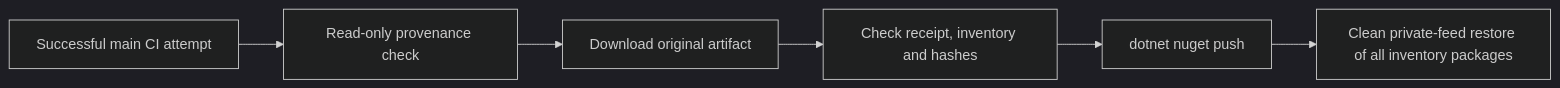
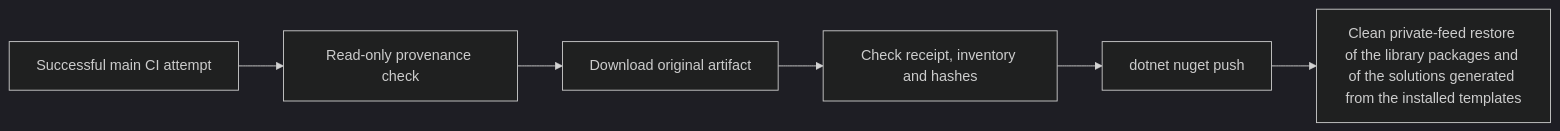
Before and after one commit to PouryaNoufallah96/PouryaKit: the diagram in docs/private-packages.md, drawn with Mermaid (dark theme). The commit also changed other lines of this file and 4 other files, not shown here.

First line of the commit message:
ci(publication): install the template package from the feed and restore its generated solutions (#54)

````diff
--- a/docs/private-packages.md
+++ b/docs/private-packages.md
@@ -45,8 +45,8 @@
 ```mermaid
 flowchart LR
   C[Successful main CI attempt] --> A[Read-only provenance check]
   A --> D[Download original artifact]
   D --> V[Check receipt, inventory and hashes]
   V --> P[dotnet nuget push]
-  P --> R[Clean private-feed restore of all inventory packages]
+  P --> R[Clean private-feed restore of the library packages and of the solutions generated from the installed templates]
 ```
````
